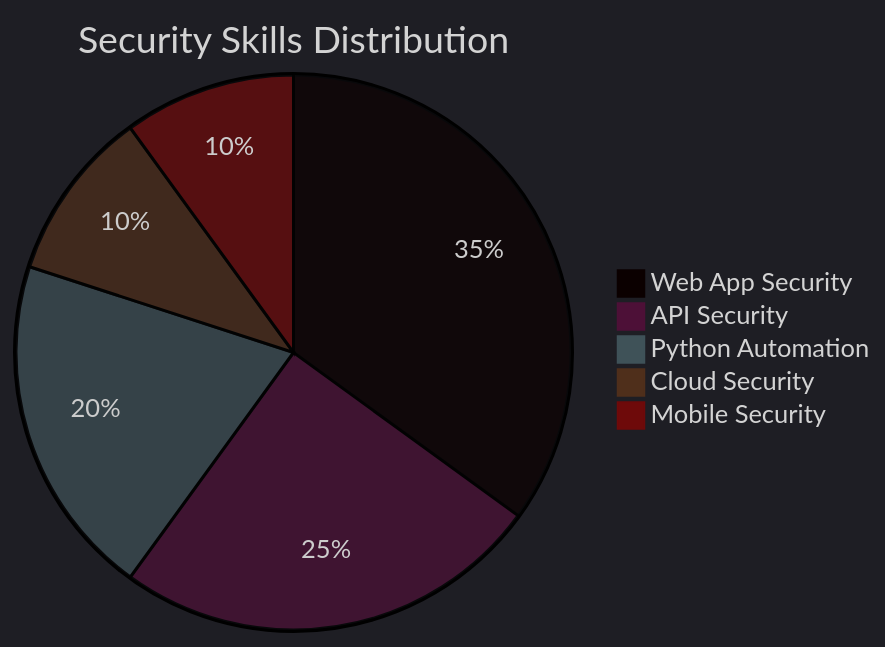
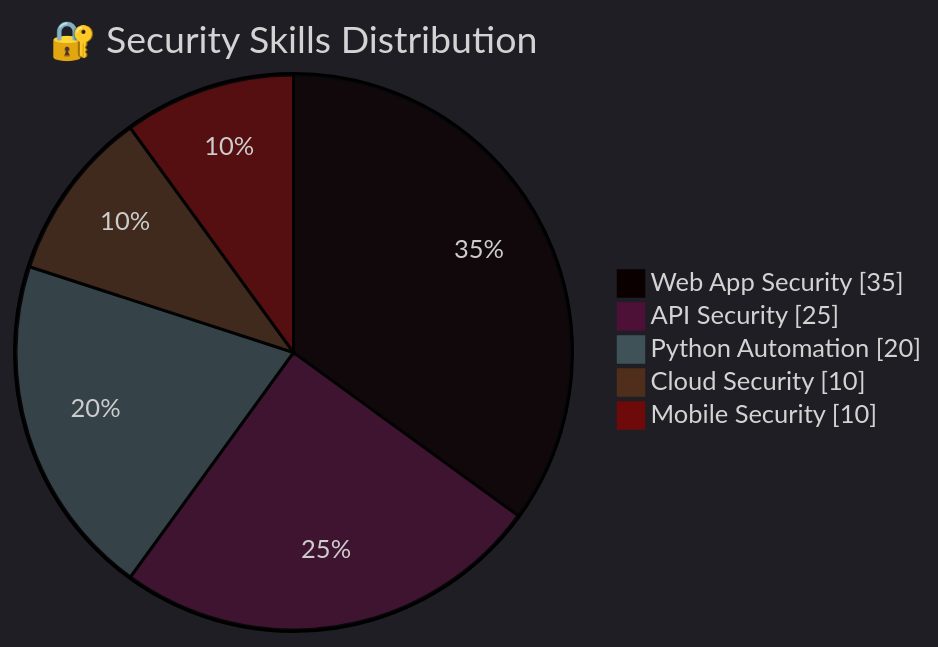
The second of 3 diagrams in README.md (ChetanBiranje/chetanbiranje), drawn with Mermaid before and after one commit. The commit also changed other lines of this file, not shown here.

````diff
--- a/README.md
+++ b/README.md
@@ -584,9 +387,9 @@
 ```mermaid
-%%{init: {'theme':'dark'}}%%
-pie title Security Skills Distribution
+%%{init: {'theme':'dark', 'themeVariables': {'primaryColor':'#00d9ff'}}}%%
+pie showData title 🔐 Security Skills Distribution
     "Web App Security" : 35
     "API Security" : 25
     "Python Automation" : 20
     "Cloud Security" : 10
     "Mobile Security" : 10
 ```
````
